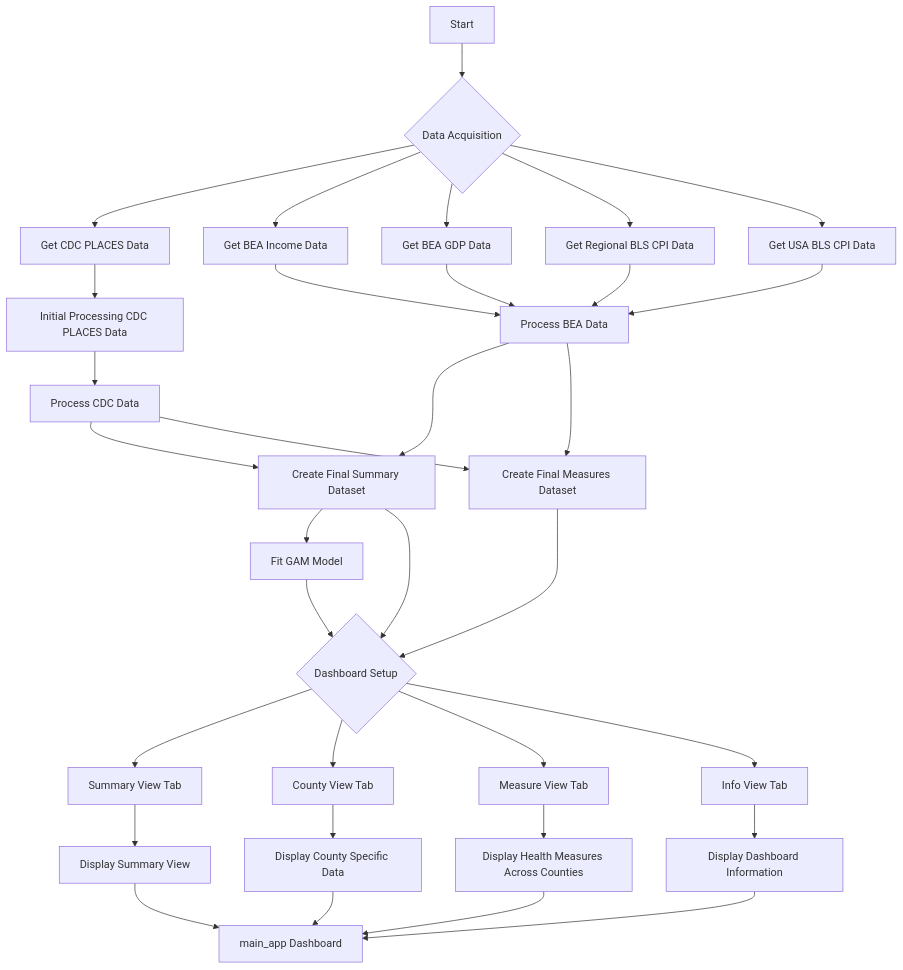
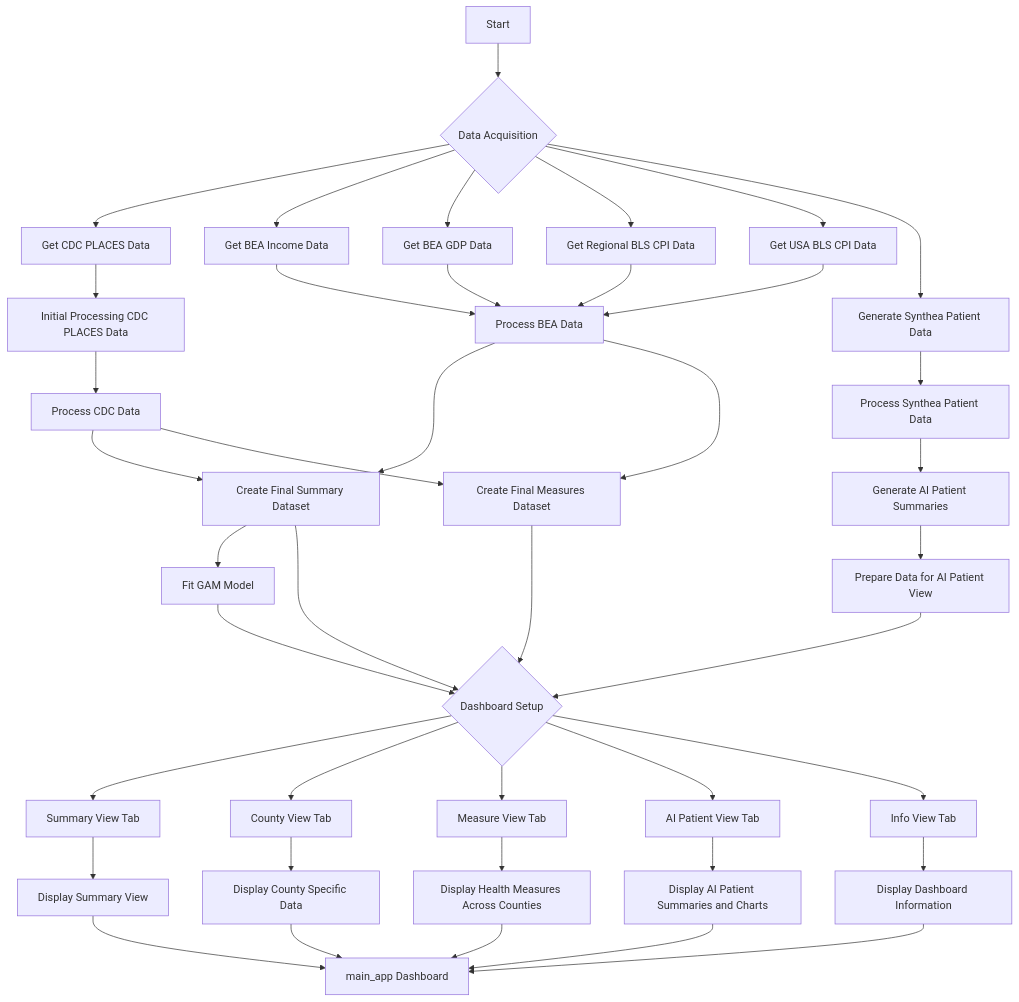
Before and after one commit to SloughJE/UnHealth_Dashboard: the diagram in README.md, drawn with Mermaid. The commit also changed other lines of this file, not shown here.

````diff
--- a/README.md
+++ b/README.md
@@ -66,36 +73,44 @@
 ```mermaid
-    graph TD
+graph TD
     A[Start] --> B{Data Acquisition}
     B --> C[Get CDC PLACES Data]
     B --> D[Get BEA Income Data]
     B --> E[Get BEA GDP Data]
     B --> F[Get Regional BLS CPI Data]
     B --> G[Get USA BLS CPI Data]
-    C --> H[Initial Processing CDC PLACES Data]
-    H --> I[Process CDC Data]
-    D --> J[Process BEA Data]
-    E --> J
-    F --> J
-    G --> J
-    I --> K[Create Final Summary Dataset]
-    I --> L[Create Final Measures Dataset]
-    J --> K
-    J --> L
-    K --> M[Fit GAM Model]
-    K --> N{Dashboard Setup}
-    L --> N
-    M --> N
-    N --> O[Summary View Tab]
-    N --> P[County View Tab]
-    N --> Q[Measure View Tab]
-    N --> R[Info View Tab]
-    O --> S[Display Summary View]
-    P --> T[Display County Specific Data]
-    Q --> U[Display Health Measures Across Counties]
-    R --> V[Display Dashboard Information]
-    S --> W[main_app Dashboard]
-    T --> W
-    U --> W
-    V --> W
+    B --> H[Generate Synthea Patient Data]
+    C --> I[Initial Processing CDC PLACES Data]
+    I --> J[Process CDC Data]
+    D --> K[Process BEA Data]
+    E --> K
+    F --> K
+    G --> K
+    H --> L[Process Synthea Patient Data]
+    J --> M[Create Final Summary Dataset]
+    J --> N[Create Final Measures Dataset]
+    K --> M
+    K --> N
+    L --> O[Generate AI Patient Summaries]
+    O --> P[Prepare Data for AI Patient View]
+    M --> Q[Fit GAM Model]
+    M --> R{Dashboard Setup}
+    N --> R
+    Q --> R
+    P --> R
+    R --> S[Summary View Tab]
+    R --> T[County View Tab]
+    R --> U[Measure View Tab]
+    R --> V[AI Patient View Tab]
+    R --> W[Info View Tab]
+    S --> X[Display Summary View]
+    T --> Y[Display County Specific Data]
+    U --> Z[Display Health Measures Across Counties]
+    V --> AA[Display AI Patient Summaries and Charts]
+    W --> AB[Display Dashboard Information]
+    X --> AC[main_app Dashboard]
+    Y --> AC
+    Z --> AC
+    AA --> AC
+    AB --> AC
 
 ```
````
